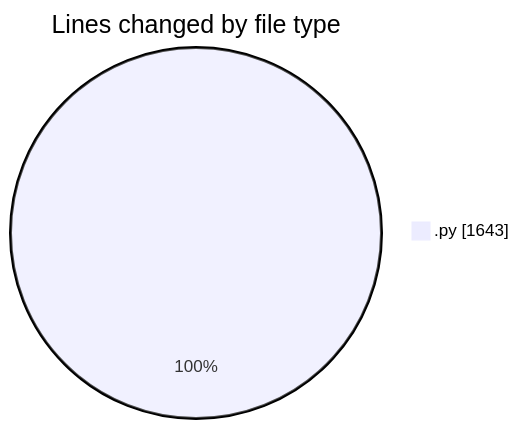
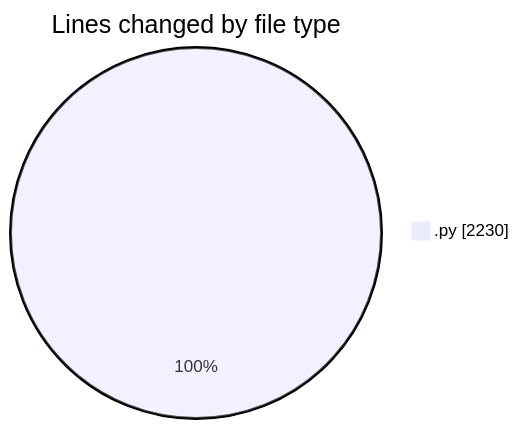
Before and after one commit to julien-gomy/code-tracking: the first of 2 diagrams in 2025-10-29/eventscop-api-guide__workspace_/README.md, drawn with Mermaid. The commit also changed other lines of this file and 1 other file, not shown here.

````diff
--- a/2025-10-29/eventscop-api-guide__workspace_/README.md
+++ b/2025-10-29/eventscop-api-guide__workspace_/README.md
@@ -25,5 +26,5 @@
 ```mermaid
 pie showData
 title Lines changed by file type
-".py" : 1643
+".py" : 2230
 ```
````
